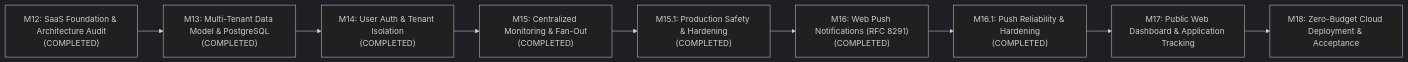
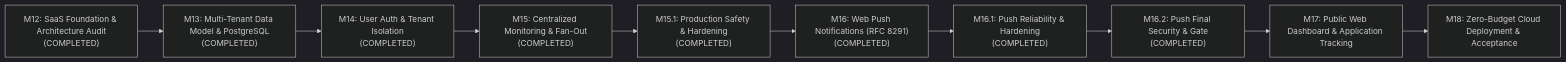
Before and after one commit to aadesh-2006/HawkOffer: the diagram in docs/SAAS_ROADMAP.md, drawn with Mermaid (dark theme). The commit also changed other lines of this file and 6 other files, not shown here.

Commit message:
feat(security): M16.2 Web Push final security gate, SSRF DNS validation, and token redaction

````diff
--- a/docs/SAAS_ROADMAP.md
+++ b/docs/SAAS_ROADMAP.md
@@ -12,11 +12,12 @@
 ```mermaid
 flowchart LR
     M12["M12: SaaS Foundation & Architecture Audit<br/>(COMPLETED)"] --> M13["M13: Multi-Tenant Data Model & PostgreSQL<br/>(COMPLETED)"]
     M13 --> M14["M14: User Auth & Tenant Isolation<br/>(COMPLETED)"]
     M14 --> M15["M15: Centralized Monitoring & Fan-Out<br/>(COMPLETED)"]
     M15 --> M15_1["M15.1: Production Safety & Hardening<br/>(COMPLETED)"]
     M15_1 --> M16["M16: Web Push Notifications (RFC 8291)<br/>(COMPLETED)"]
     M16 --> M16_1["M16.1: Push Reliability & Hardening<br/>(COMPLETED)"]
-    M16_1 --> M17["M17: Public Web Dashboard & Application Tracking"]
+    M16_1 --> M16_2["M16.2: Push Final Security & Gate<br/>(COMPLETED)"]
+    M16_2 --> M17["M17: Public Web Dashboard & Application Tracking"]
     M17 --> M18["M18: Zero-Budget Cloud Deployment & Acceptance"]
 ```
````
